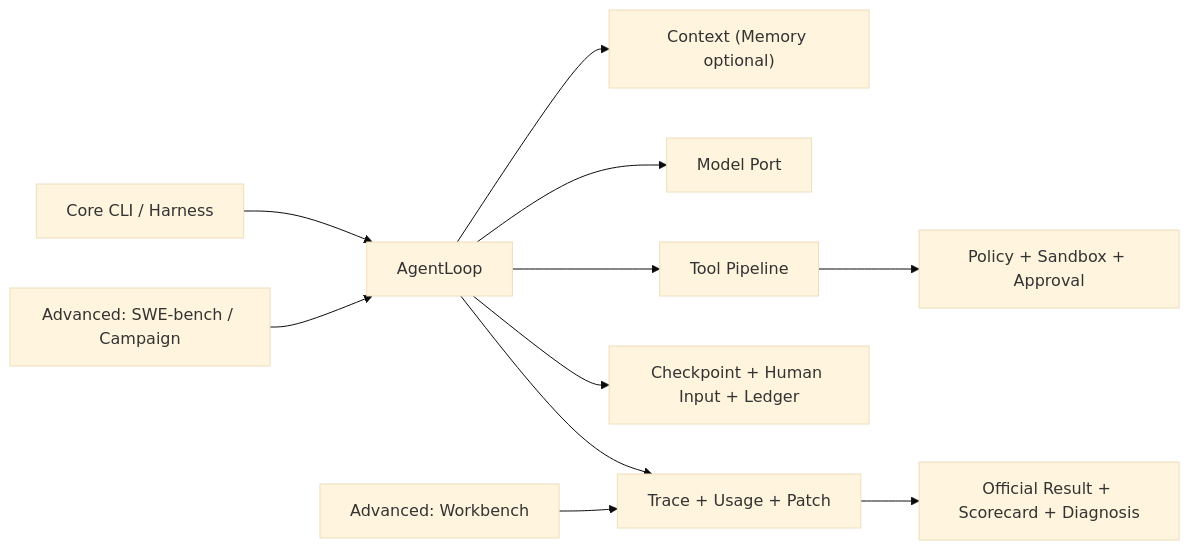
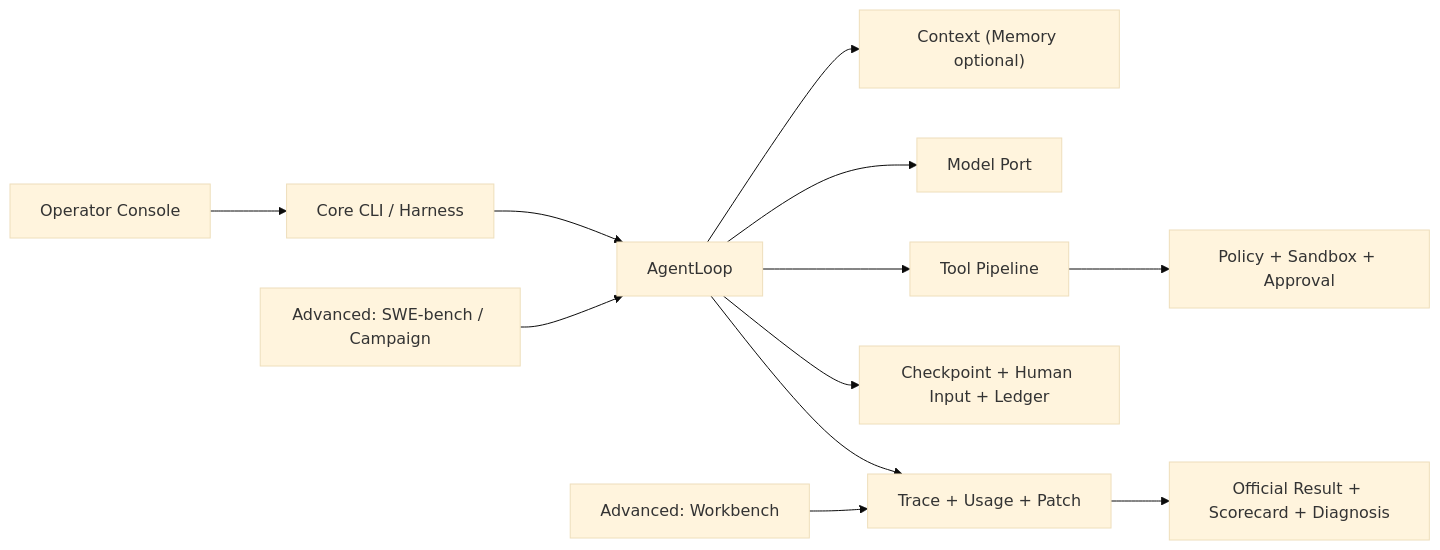
Before and after one commit to semi-hollow/NanoHarness: the diagram in README.md, drawn with Mermaid (base theme). The commit also changed other lines of this file and 69 other files, not shown here.

````diff
--- a/README.md
+++ b/README.md
@@ -191,13 +195,14 @@
 ```mermaid
 flowchart LR
-    Entry["Core CLI / Harness"] --> Loop["AgentLoop"]
+    Console["Operator Console"] --> Entry["Core CLI / Harness"]
+    Entry --> Loop["AgentLoop"]
     Bench["Advanced: SWE-bench / Campaign"] --> Loop
     Loop --> Context["Context (Memory optional)"]
     Loop --> Model["Model Port"]
     Loop --> Tools["Tool Pipeline"]
     Tools --> Safety["Policy + Sandbox + Approval"]
     Loop --> State["Checkpoint + Human Input + Ledger"]
     Loop --> Evidence["Trace + Usage + Patch"]
     Evidence --> Eval["Official Result + Scorecard + Diagnosis"]
     UI["Advanced: Workbench"] --> Evidence
 ```
````
